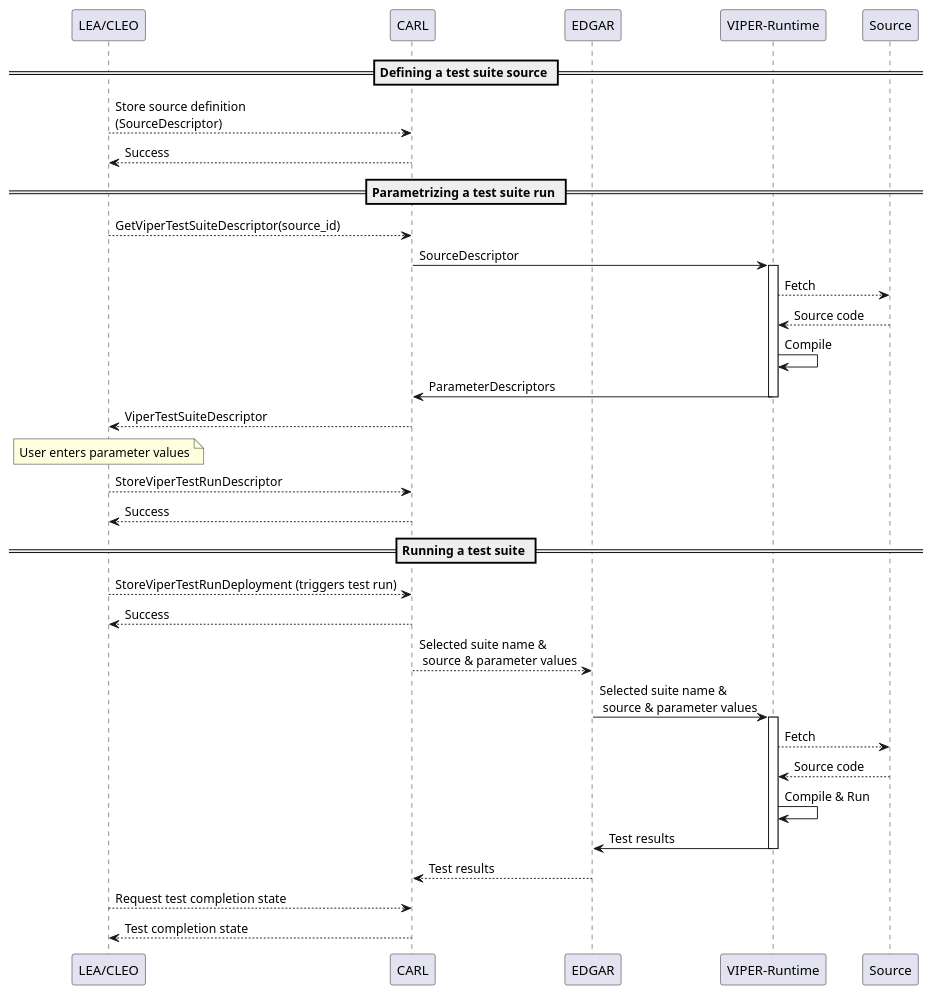
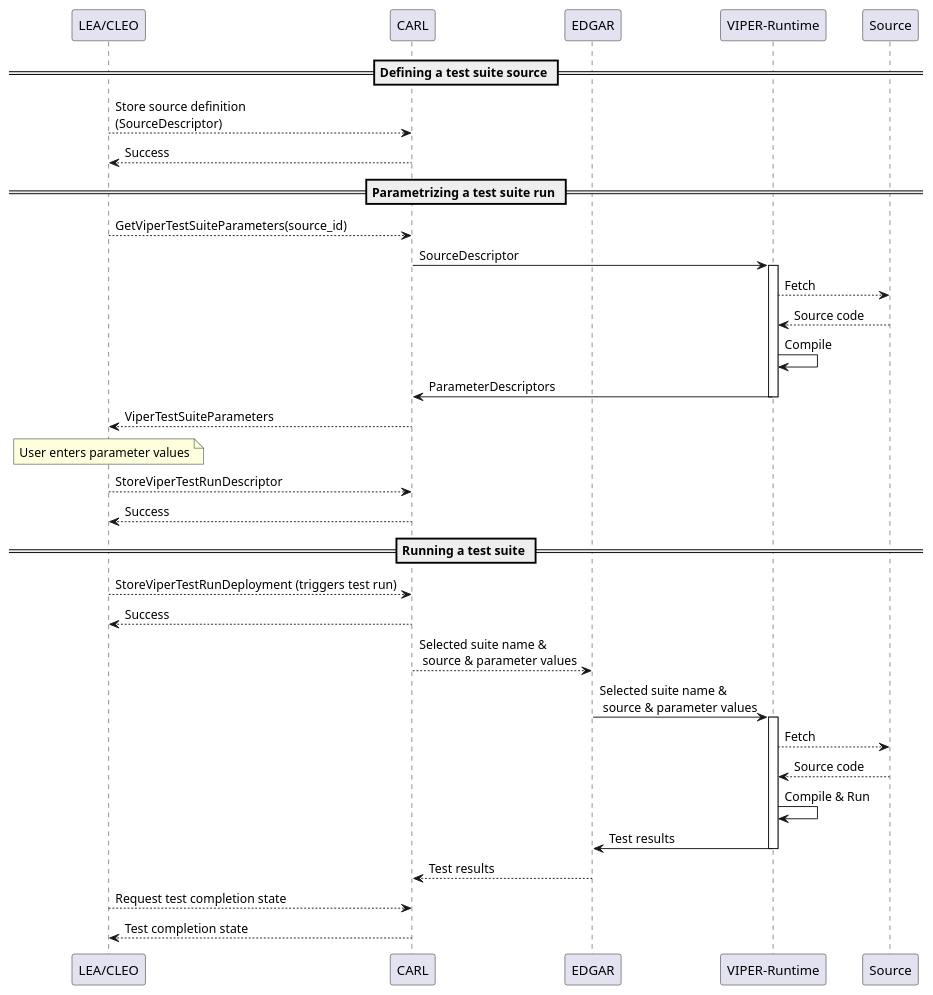
Before and after one commit to eclipse-opendut/opendut: the diagram in doc/src/architecture/viper/index.md, drawn with PlantUML. The commit also changed 10 other files, not shown here.

Commit message:
Model VIPER: Rename `ViperTestSuiteDescriptor` to `ViperTestSuiteParameters`.

````diff
--- a/doc/src/architecture/viper/index.md
+++ b/doc/src/architecture/viper/index.md
@@ -118,53 +118,53 @@
 ```plantuml
 participant "LEA/CLEO" as UI
 participant CARL
 participant EDGAR
 participant "VIPER-Runtime" as VIPER
 participant Source
 
 == Defining a test suite source ==
 
 UI --> CARL: Store source definition\n(SourceDescriptor)
 UI <-- CARL: Success
 
 
 == Parametrizing a test suite run ==
 
-UI --> CARL: GetViperTestSuiteDescriptor(source_id)
+UI --> CARL: GetViperTestSuiteParameters(source_id)
 CARL -> VIPER: SourceDescriptor
 
 activate VIPER
 VIPER --> Source: Fetch
 VIPER <-- Source: Source code
 VIPER -> VIPER: Compile
 CARL <- VIPER: ParameterDescriptors
 deactivate VIPER
 
-UI <-- CARL: ViperTestSuiteDescriptor
+UI <-- CARL: ViperTestSuiteParameters
 
 note over UI: User enters parameter values
 
 UI --> CARL: StoreViperTestRunDescriptor
 UI <-- CARL: Success
 
 
 == Running a test suite ==
 UI --> CARL: StoreViperTestRunDeployment (triggers test run)
 CARL --> UI: Success
 
 CARL --> EDGAR: Selected suite name & \n source & parameter values
 
 EDGAR -> VIPER: Selected suite name & \n source & parameter values
 
 activate VIPER
 VIPER --> Source: Fetch
 VIPER <-- Source: Source code
 VIPER -> VIPER: Compile & Run
 EDGAR <- VIPER: Test results
 deactivate VIPER
 
 CARL <-- EDGAR: Test results
 
 UI --> CARL: Request test completion state
 UI <-- CARL: Test completion state
 ```
````
